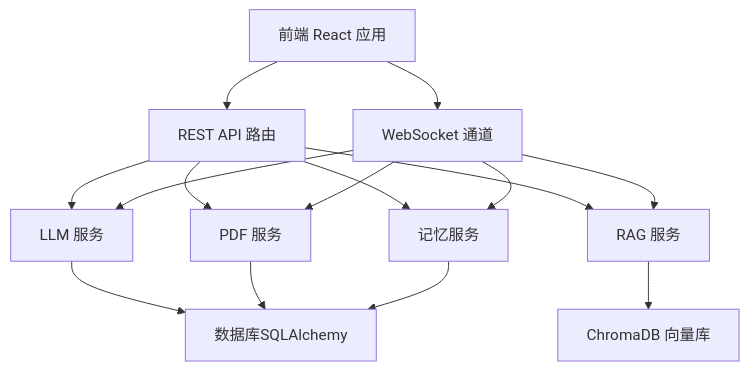
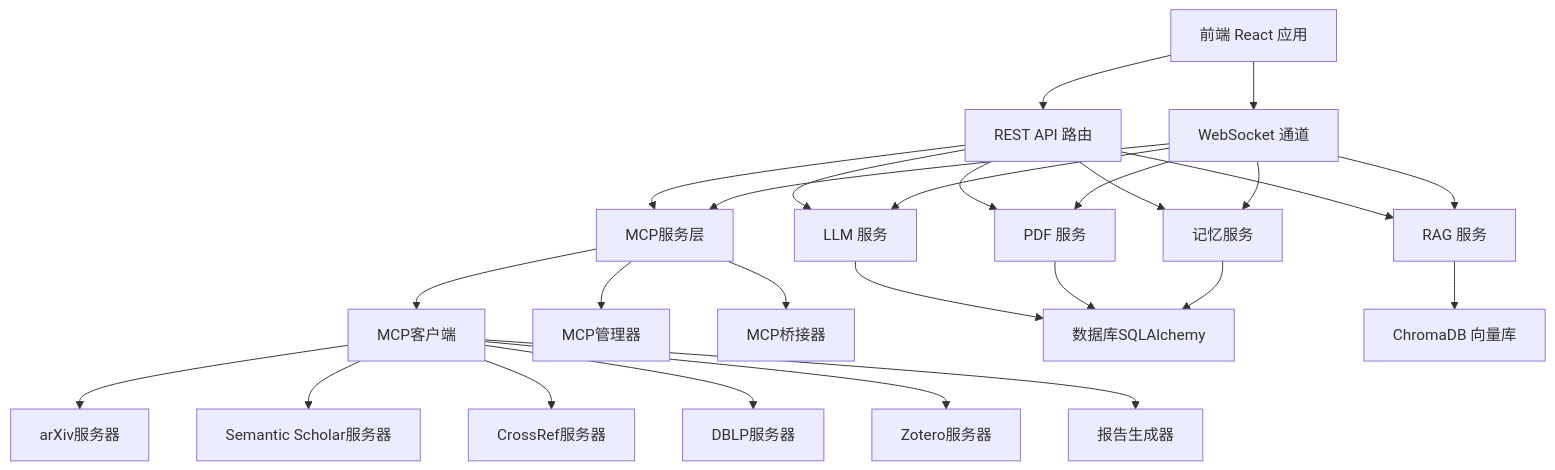
One commit to laohanhahaha/PaperChat changed the second of 15 diagrams in .qoder/repowiki/zh/content/架构设计/架构设计.md. Above: the diagram before and after it, drawn with Mermaid. The commit also changed other lines of this file and 59 other files, not shown here.

````diff
--- a/.qoder/repowiki/zh/content/架构设计/架构设计.md
+++ b/.qoder/repowiki/zh/content/架构设计/架构设计.md
@@ -106,26 +148,47 @@
 ```mermaid
 graph TB
 FE["前端 React 应用"]
 WS["WebSocket 通道"]
 API["REST API 路由"]
 LLM["LLM 服务"]
 RAG["RAG 服务"]
 PDF["PDF 服务"]
 MEM["记忆服务"]
+MCP["MCP服务层"]
+MCP_CLIENT["MCP客户端"]
+MCP_MANAGER["MCP管理器"]
+MCP_BRIDGE["MCP桥接器"]
+ARXIV["arXiv服务器"]
+SEMANTIC["Semantic Scholar服务器"]
+CROSSREF["CrossRef服务器"]
+DBLP["DBLP服务器"]
+ZOTERO["Zotero服务器"]
+REPORT["报告生成器"]
 DB["数据库SQLAlchemy"]
 CHROMA["ChromaDB 向量库"]
 FE --> WS
 FE --> API
 API --> LLM
 API --> RAG
 API --> PDF
 API --> MEM
+API --> MCP
+MCP --> MCP_CLIENT
+MCP --> MCP_MANAGER
+MCP --> MCP_BRIDGE
+MCP_CLIENT --> ARXIV
+MCP_CLIENT --> SEMANTIC
+MCP_CLIENT --> CROSSREF
+MCP_CLIENT --> DBLP
+MCP_CLIENT --> ZOTERO
+MCP_CLIENT --> REPORT
 LLM --> DB
 RAG --> CHROMA
 PDF --> DB
 MEM --> DB
 WS --> LLM
 WS --> RAG
 WS --> PDF
 WS --> MEM
+WS --> MCP
 ```
````
